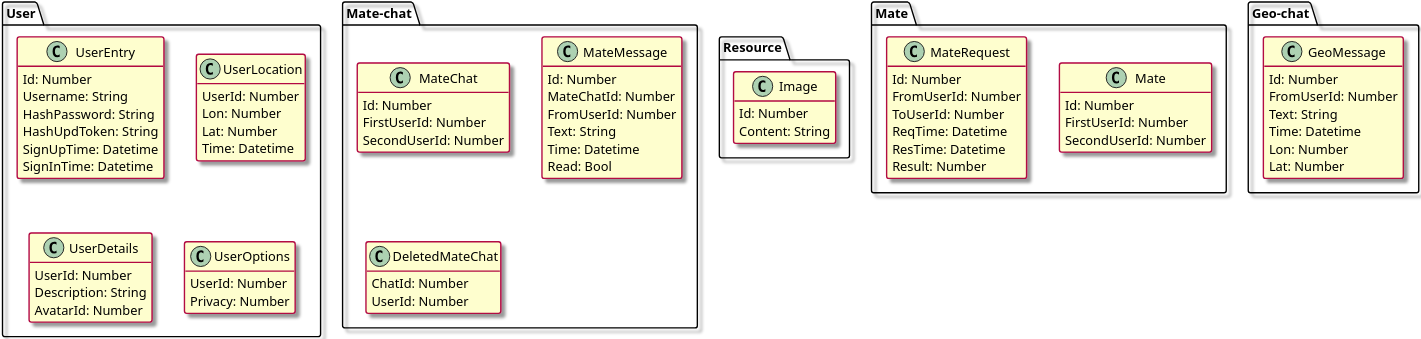
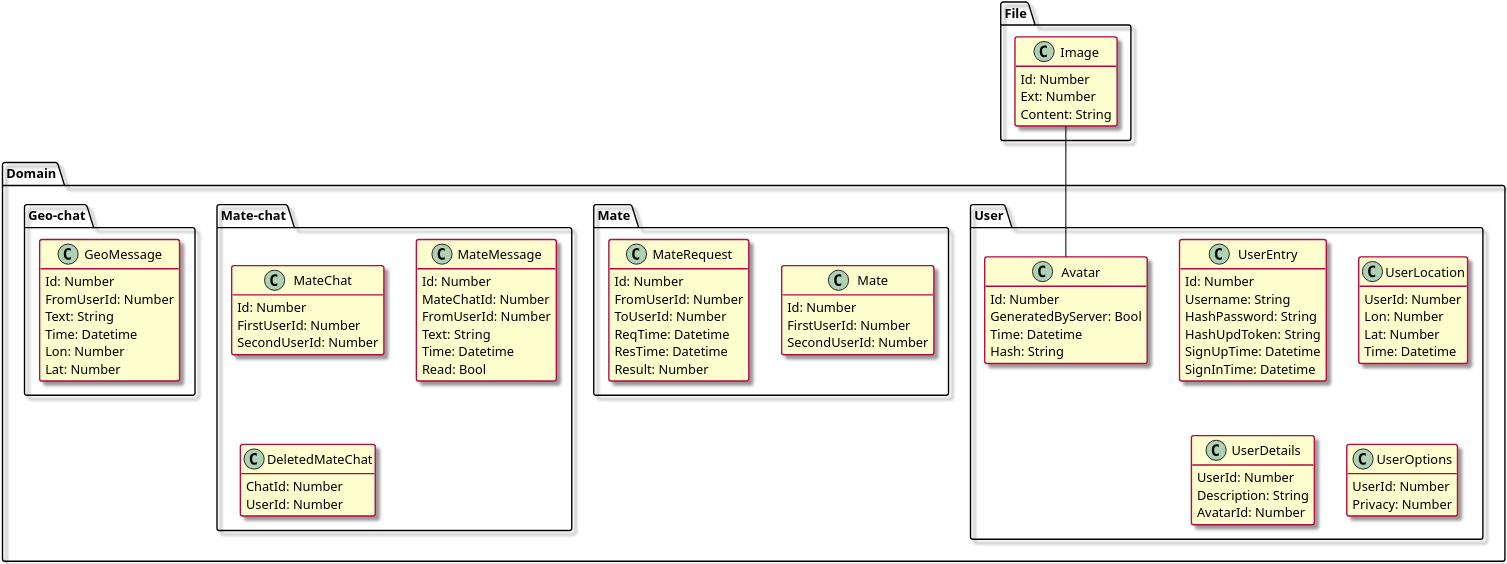
One commit to qubacy/geoqq changed the diagram in general/puml_diagrams/domain/models_p1.wsd. Above: the diagram before and after it, drawn with PlantUML. The commit also changed 5 other files, not shown here.

Commit message:
update dgrams and add ext for image

```diff
--- a/general/puml_diagrams/domain/models_p1.wsd
+++ b/general/puml_diagrams/domain/models_p1.wsd
@@ -1,128 +1,130 @@
 @startuml models_p1
 
 ' `Time` is not part of `Datetime`. This is global level
 ' `Datetime` is `Timestamp` (UTC?)
 
 ' Useful links:
 ' https://stackoverflow.com/questions/14221775/in-postgresql-force-unique-on-combination-of-two-columns
 
 ' -----------------------------------------------
 
 skinparam ArrowThickness 1.25
 skinparam ClassBorderThickness 1.5
 skinparam ClassBackgroundColor #FEFECE
 skinparam ClassBorderColor #B20842
 
 skinparam dpi 400
 skinparam Shadowing true
 
 ' -----------------------------------------------
 
 hide empty methods
 hide empty members
 
 ' models
 ' -----------------------------------------------
 
-package Resource {
+package Domain {
+    package User {
+        class UserEntry {
+            Id: Number
+            Username: String
+            HashPassword: String
+            HashUpdToken: String
+            SignUpTime: Datetime
+            SignInTime: Datetime
+        }
 
-class Image {
-    Id: Number
-    Content: String
+        class UserLocation {
+            UserId: Number
+            Lon: Number
+            Lat: Number
+            Time: Datetime
+        }
+
+        class UserDetails {
+            UserId: Number
+            Description: String
+            AvatarId: Number
+        }
+
+        class UserOptions {
+            UserId: Number
+            Privacy: Number
+        }
+
+        class Avatar {
+            Id: Number
+            GeneratedByServer: Bool
+            Time: Datetime
+            Hash: String
+        }
+    }
+
+    package Mate {
+        class Mate {
+            Id: Number
+            FirstUserId: Number
+            SecondUserId: Number
+        }
+        ' When deleted, a new one-way request is added
+
+        class MateRequest {
+            Id: Number
+            FromUserId: Number
+            ToUserId: Number
+            ReqTime: Datetime
+            ResTime: Datetime
+            Result: Number
+        }
+        ' Result from list: accepted, rejected, waiting
+        ' Cron to remove some requests
+    }
+
+    package Mate-chat {
+        class MateChat {
+            Id: Number
+            FirstUserId: Number
+            SecondUserId: Number
+        }
+        ' Created when created friendship
+        ' Hidden for user who deleted chat
+
+        class MateMessage {
+            Id: Number
+            MateChatId: Number
+            FromUserId: Number
+            Text: String
+            Time: Datetime
+            Read: Bool
+        }
+
+        class DeletedMateChat {
+            ChatId: Number
+            UserId: Number
+        }
+    }
+
+    package Geo-chat {
+        class GeoMessage {
+            Id: Number
+            FromUserId: Number
+            Text: String
+            Time: Datetime
+            Lon: Number
+            Lat: Number
+        }
+    }
 }
 
+package File {
+    class Image {
+        Id: Number
+        Ext: Number
+        Content: String
+    }
 }
 
-package User {
-
-class UserEntry {
-    Id: Number
-    Username: String
-    HashPassword: String
-    HashUpdToken: String
-    SignUpTime: Datetime
-    SignInTime: Datetime
-}
-
-class UserLocation {
-    UserId: Number
-    Lon: Number
-    Lat: Number
-    Time: Datetime
-}
-
-class UserDetails {
-    UserId: Number
-    Description: String
-    AvatarId: Number
-}
-
-class UserOptions {
-    UserId: Number
-    Privacy: Number
-}
-
-}
-
-package Mate {
-
-class Mate {
-    Id: Number
-    FirstUserId: Number
-    SecondUserId: Number
-}
-' When deleted, a new one-way request is added
-
-class MateRequest {
-    Id: Number
-    FromUserId: Number
-    ToUserId: Number
-    ReqTime: Datetime
-    ResTime: Datetime
-    Result: Number 
-}
-' Result from list: accepted, rejected, waiting
-' Cron to remove some requests
-
-}
-
-package Mate-chat {
-
-class MateChat {
-    Id: Number
-    FirstUserId: Number
-    SecondUserId: Number
-}
-' Created when created friendship
-' Hidden for user who deleted chat
-
-class MateMessage {
-    Id: Number
-    MateChatId: Number
-    FromUserId: Number
-    Text: String
-    Time: Datetime
-    Read: Bool
-}
-
-class DeletedMateChat {
-    ChatId: Number
-    UserId: Number
-}
-
-}
-
-package Geo-chat {
-
-class GeoMessage {
-    Id: Number
-    FromUserId: Number
-    Text: String
-    Time: Datetime
-    Lon: Number
-    Lat: Number
-}
-
-}
+Image -- Avatar
 
 @enduml
```
